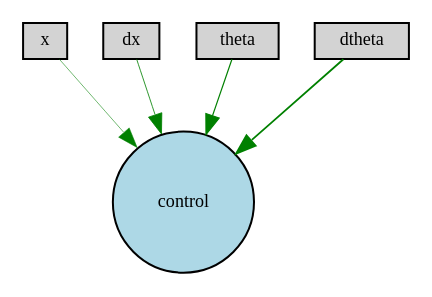
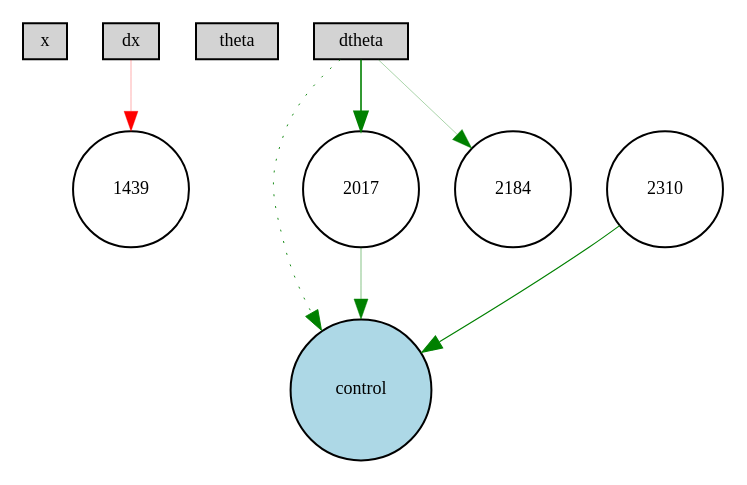
One commit to felix0901/NEAT changed the diagram in examples/single-pole-balancing/Digraph.gv. Above: the diagram before and after it, drawn with Graphviz. The commit also changed 20 other files, not shown here.

```diff
--- a/examples/single-pole-balancing/Digraph.gv
+++ b/examples/single-pole-balancing/Digraph.gv
@@ -1,12 +1,18 @@
 digraph {
 	node [fontsize=9 height=0.2 shape=circle width=0.2]
 	x [fillcolor=lightgray shape=box style=filled]
 	dx [fillcolor=lightgray shape=box style=filled]
 	theta [fillcolor=lightgray shape=box style=filled]
 	dtheta [fillcolor=lightgray shape=box style=filled]
 	control [fillcolor=lightblue style=filled]
-	dtheta -> control [color=green penwidth=0.8954824527741475 style=solid]
-	theta -> control [color=green penwidth=0.5845487187143956 style=solid]
-	dx -> control [color=green penwidth=0.40687288729113 style=solid]
-	x -> control [color=green penwidth=0.28156425949056874 style=solid]
+	2017 [fillcolor=white style=filled]
+	2310 [fillcolor=white style=filled]
+	2184 [fillcolor=white style=filled]
+	1439 [fillcolor=white style=filled]
+	dx -> 1439 [color=red penwidth=0.1568837049507772 style=solid]
+	dtheta -> control [color=green penwidth=0.4501067512615654 style=dotted]
+	dtheta -> 2017 [color=green penwidth=0.8047323853698989 style=solid]
+	2017 -> control [color=green penwidth=0.24266026298012347 style=solid]
+	dtheta -> 2184 [color=green penwidth=0.16547266893453494 style=solid]
+	2310 -> control [color=green penwidth=0.5600302436273658 style=solid]
 }
```
